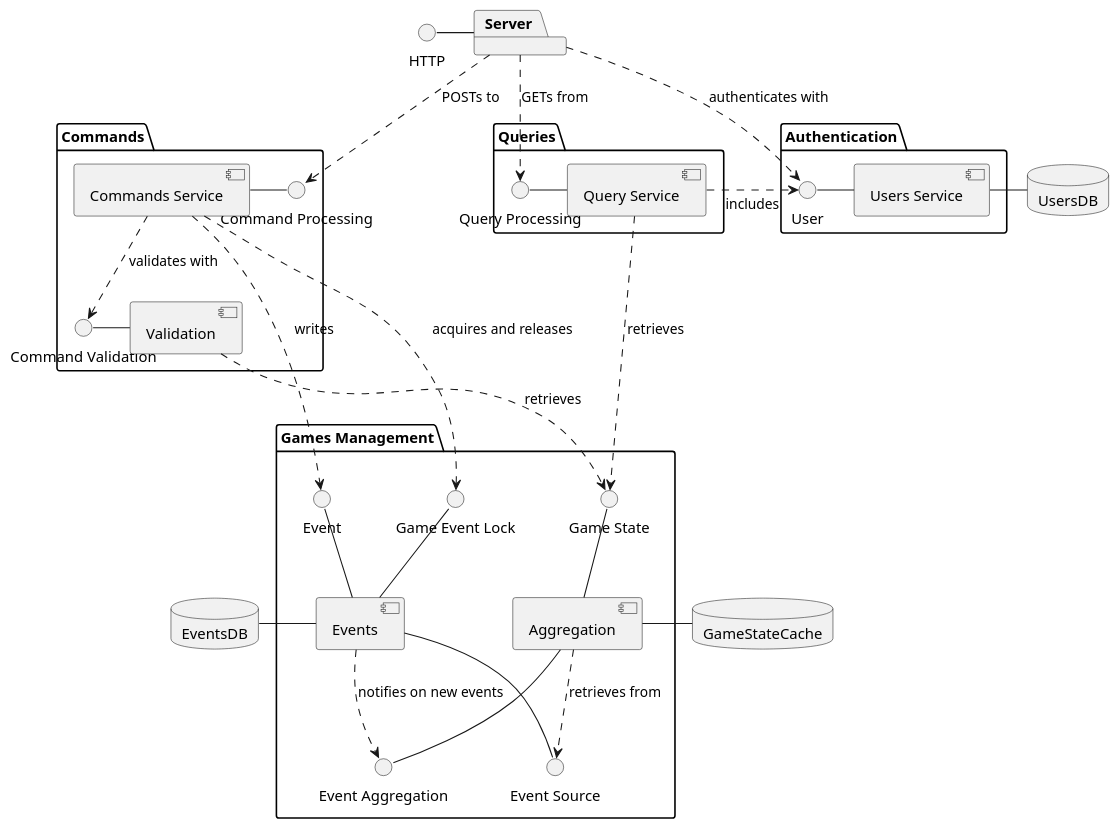
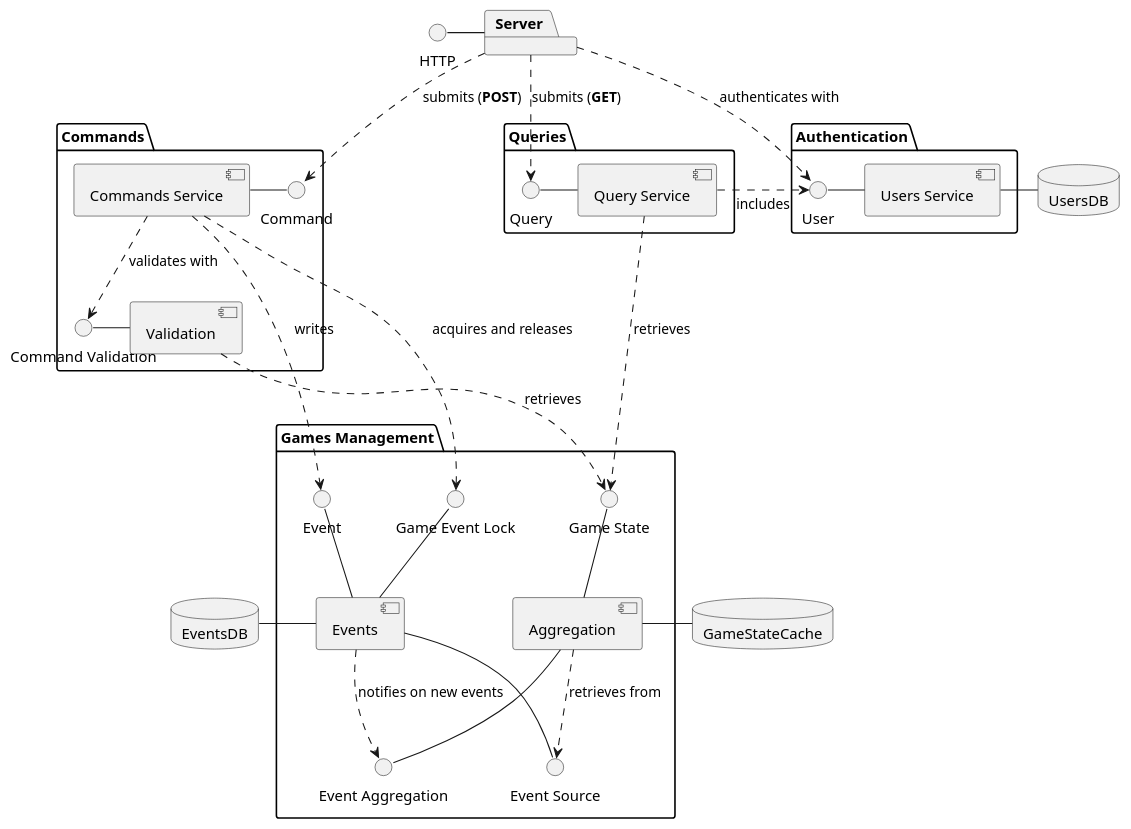
The second of 2 diagrams in design/architecture.rst (gnidan/foodtastechess-docs), drawn with PlantUML before and after one commit.

Commit message:
Redoing wording in diagram a bit

```diff
--- a/design/architecture.rst
+++ b/design/architecture.rst
@@ -85,68 +85,68 @@
 .. uml::
     interface HTTP
 
     package "Server" {
         HTTP - [Server]
     }
     package "Commands" {
         interface "Command Validation" as CommandValidation
-        interface "Command Processing" as CommandProcessing
+        interface "Command" as Command
         component [Commands Service] as CommandService
 
-        CommandProcessing -left- CommandService
+        Command -left- CommandService
         CommandService ..> CommandValidation : validates with
         CommandValidation - [Validation]
     }
-    [Server] ..> CommandProcessing : POSTs to
+    [Server] ..> Command : submits (**POST**)
 
     package "Queries" {
-        interface "Query Processing" as QueryProcessing
+        interface "Query" as Query
         component [Query Service] as QueryService
-        QueryProcessing - QueryService
+        Query - QueryService
     }
-    [Server] ..> QueryProcessing : GETs from
+    [Server] ..> Query : submits (**GET**)
 
     package "Authentication" {
         interface User
         component "Users Service" as UserService
         User - UserService
     }
     [Server] ..> User : authenticates with
 
     database UsersDB
     UserService - UsersDB
 
     QueryService .right.> User : includes
 
     package "Games Management" {
         interface "Event Aggregation" as EventAggregation
         interface "Event Source" as EventSource
         interface "Event" as Event
         interface "Game State" as GameState
         interface "Game Event Lock" as GameLock
 
         Event -down- [Events]
         GameLock -down- [Events]
         EventSource -up- [Events]
 
         GameState -down- [Aggregation]
         EventAggregation -up- [Aggregation]
 
         [Events]
         [Aggregation]
         [Events] ..> EventAggregation : notifies on new events
         [Aggregation] ..> EventSource : retrieves from
     }
 
     CommandService ..> Event : writes
     CommandService ..> GameLock : acquires and releases
 
 
     [Validation] ..> GameState : retrieves
     QueryService ..> GameState : retrieves
 
     database EventsDB
     [Events] -left- EventsDB
 
     database GameStateCache
     [Aggregation] -right- GameStateCache
```
